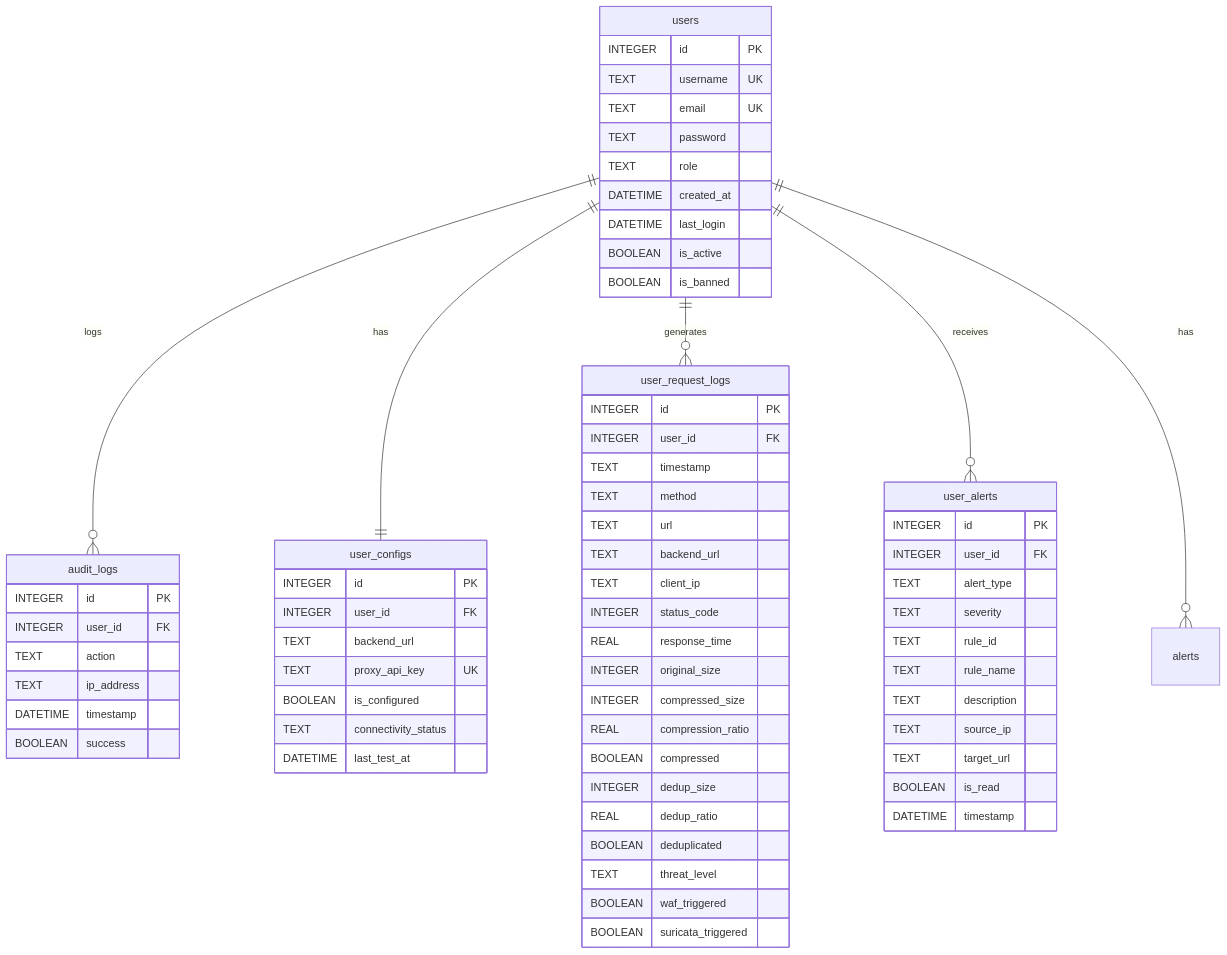
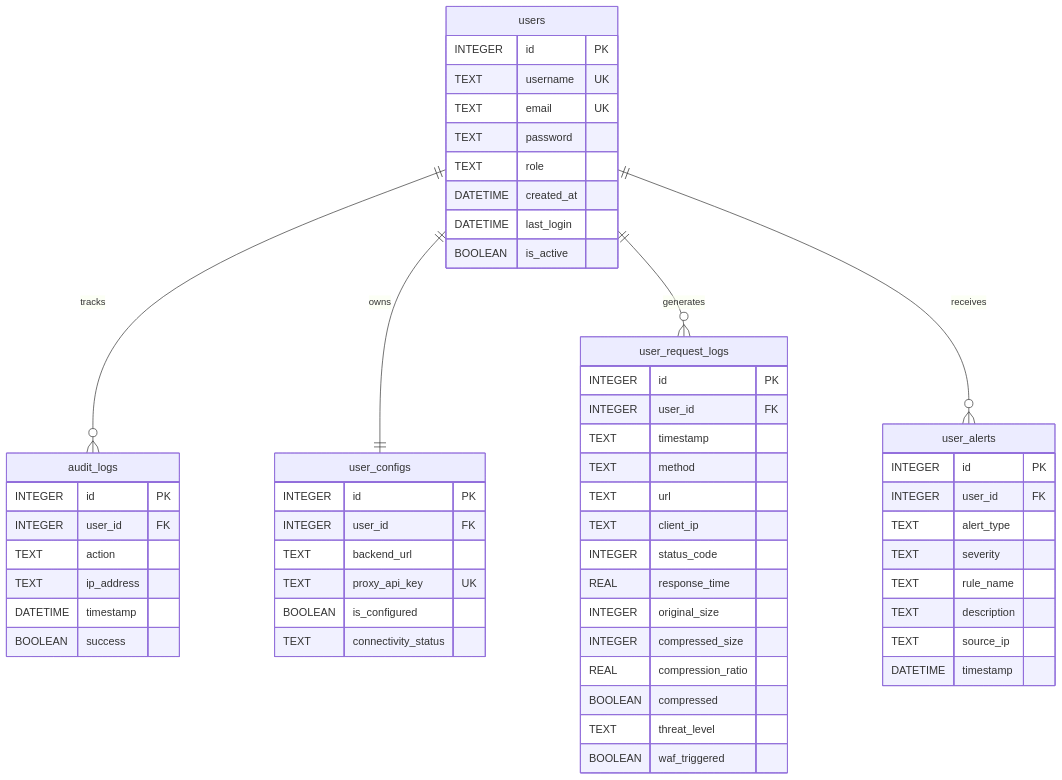
The diagram in docs/FYP1_REPORT_CONTENT.md (Danial2002-source/synorix), drawn with Mermaid before and after one commit. The commit also changed other lines of this file and 4 other files, not shown here.

````diff
--- a/docs/FYP1_REPORT_CONTENT.md
+++ b/docs/FYP1_REPORT_CONTENT.md
@@ -227,75 +69,64 @@
 ```mermaid
 erDiagram
-    users ||--o{ audit_logs : "logs"
-    users ||--|| user_configs : "has"
+    users ||--o{ audit_logs : "tracks"
+    users ||--|| user_configs : "owns"
     users ||--o{ user_request_logs : "generates"
     users ||--o{ user_alerts : "receives"
-    users ||--o{ alerts : "has"
 
     users {
         INTEGER id PK
         TEXT username UK
         TEXT email UK
         TEXT password
         TEXT role
         DATETIME created_at
         DATETIME last_login
         BOOLEAN is_active
-        BOOLEAN is_banned
     }
 
     user_configs {
         INTEGER id PK
         INTEGER user_id FK
         TEXT backend_url
         TEXT proxy_api_key UK
         BOOLEAN is_configured
         TEXT connectivity_status
-        DATETIME last_test_at
     }
 
     user_request_logs {
         INTEGER id PK
         INTEGER user_id FK
         TEXT timestamp
         TEXT method
         TEXT url
-        TEXT backend_url
         TEXT client_ip
         INTEGER status_code
         REAL response_time
         INTEGER original_size
         INTEGER compressed_size
         REAL compression_ratio
         BOOLEAN compressed
-        INTEGER dedup_size
-        REAL dedup_ratio
-        BOOLEAN deduplicated
         TEXT threat_level
         BOOLEAN waf_triggered
-        BOOLEAN suricata_triggered
     }
 
     user_alerts {
         INTEGER id PK
         INTEGER user_id FK
         TEXT alert_type
         TEXT severity
-        TEXT rule_id
         TEXT rule_name
         TEXT description
         TEXT source_ip
-        TEXT target_url
-        BOOLEAN is_read
         DATETIME timestamp
     }
 
     audit_logs {
         INTEGER id PK
         INTEGER user_id FK
         TEXT action
         TEXT ip_address
         DATETIME timestamp
         BOOLEAN success
     }
 ```
````
